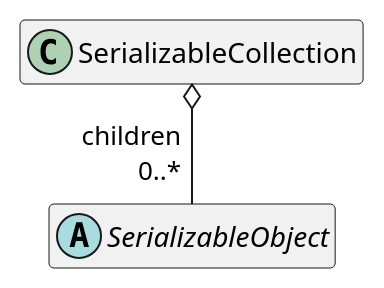
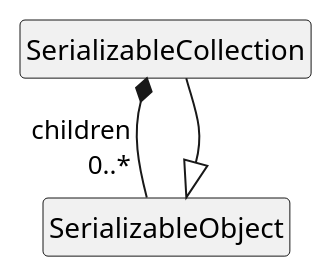
The sixth of 34 diagrams in src/main/md/otio-core.md (sandflow/otio-core-specification), drawn with PlantUML before and after one commit. The commit also changed other lines of this file, not shown here.

Commit message:
Improve class diagrams and document conventions (#13)

````diff
--- a/src/main/md/otio-core.md
+++ b/src/main/md/otio-core.md
@@ -166,14 +230,15 @@
 ```puml
 @startuml
 hide empty members
+hide circle
 skinparam classAttributeIconSize 0
 
 class SerializableCollection {
 }
 
-abstract class SerializableObject
+SerializableObject <|-- SerializableCollection
 
-SerializableCollection o-- "children\r0..*" SerializableObject
+SerializableCollection *-- "children\r0..*" SerializableObject
 
 @enduml
 ```
````
